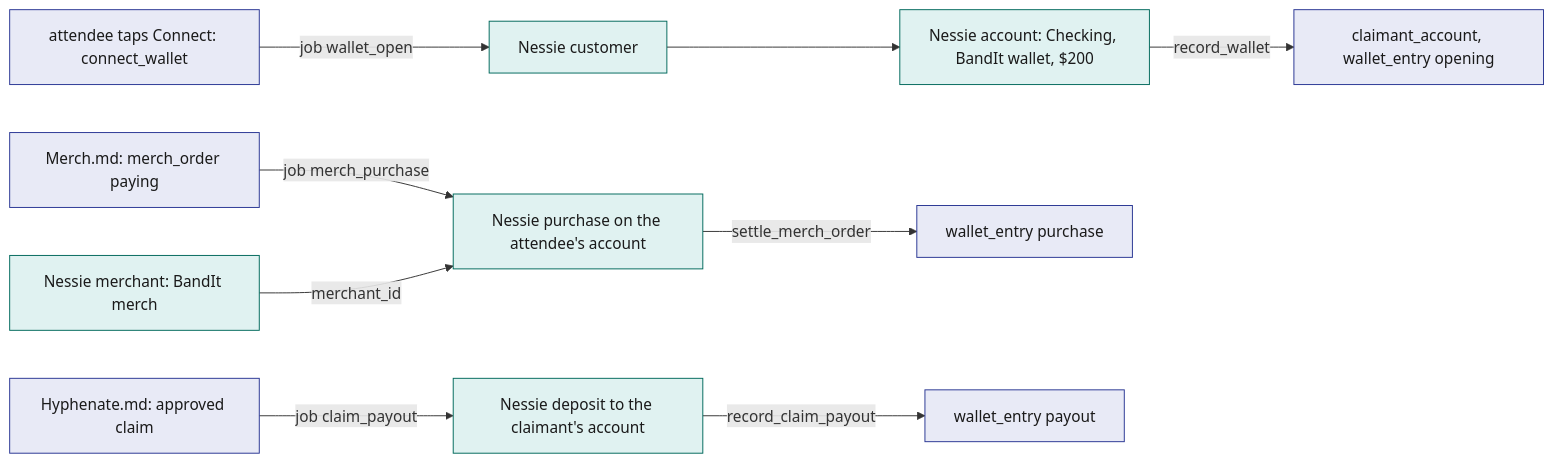
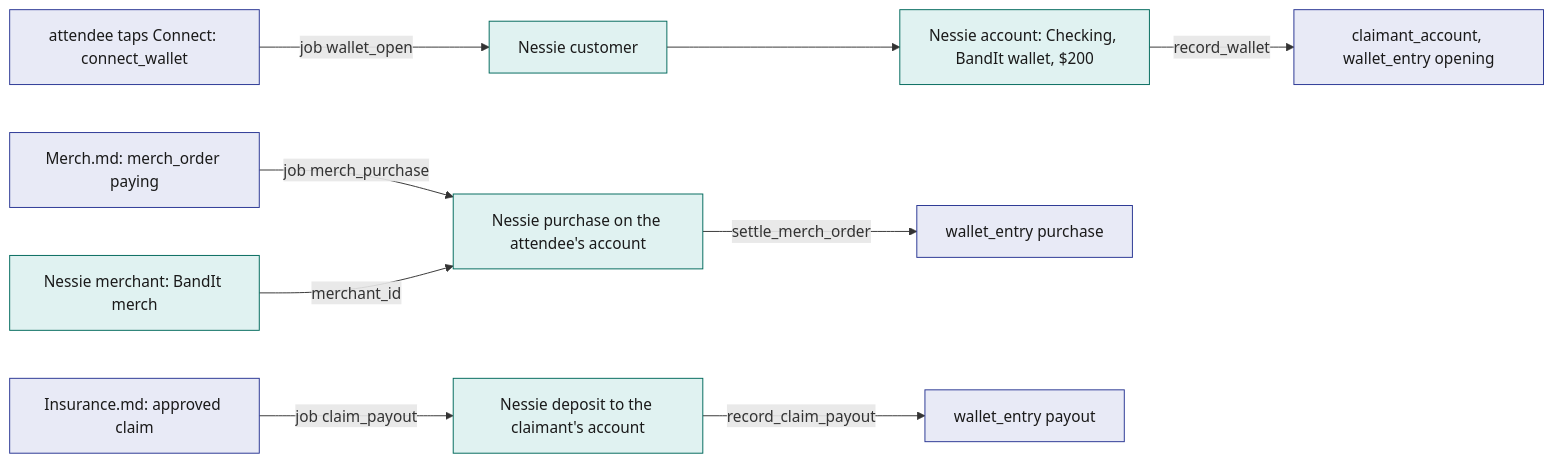
The first of 3 diagrams in System Design/7-integrations/Payments-Nessie.md (viktorinkov/cal-hacks-13), drawn with Mermaid before and after one commit. The commit also changed other lines of this file and 20 other files, not shown here.

Commit message:
Organizer decides every claim; Hyphenate.md is now Insurance.md

````diff
--- a/System Design/7-integrations/Payments-Nessie.md
+++ b/System Design/7-integrations/Payments-Nessie.md
@@ -51,15 +51,15 @@
 ```mermaid
 flowchart LR
   A["attendee taps Connect: connect_wallet"] -->|"job wallet_open"| NC["Nessie customer"]
   NC --> NA["Nessie account: Checking, BandIt wallet, $200"]
   NA -->|"record_wallet"| CA["claimant_account, wallet_entry opening"]
   O["Merch.md: merch_order paying"] -->|"job merch_purchase"| NP["Nessie purchase on the attendee's account"]
   NM["Nessie merchant: BandIt merch"] -->|"merchant_id"| NP
   NP -->|"settle_merch_order"| WP["wallet_entry purchase"]
-  C["Hyphenate.md: approved claim"] -->|"job claim_payout"| ND["Nessie deposit to the claimant's account"]
+  C["Insurance.md: approved claim"] -->|"job claim_payout"| ND["Nessie deposit to the claimant's account"]
   ND -->|"record_claim_payout"| WO["wallet_entry payout"]
   classDef stdb fill:#E8EAF6,stroke:#283593,color:#1A1A1A
   classDef ext fill:#E0F2F1,stroke:#00695C,color:#1A1A1A
   class A,CA,O,WP,C,WO stdb
   class NC,NA,NM,NP,ND ext
 ```
````
